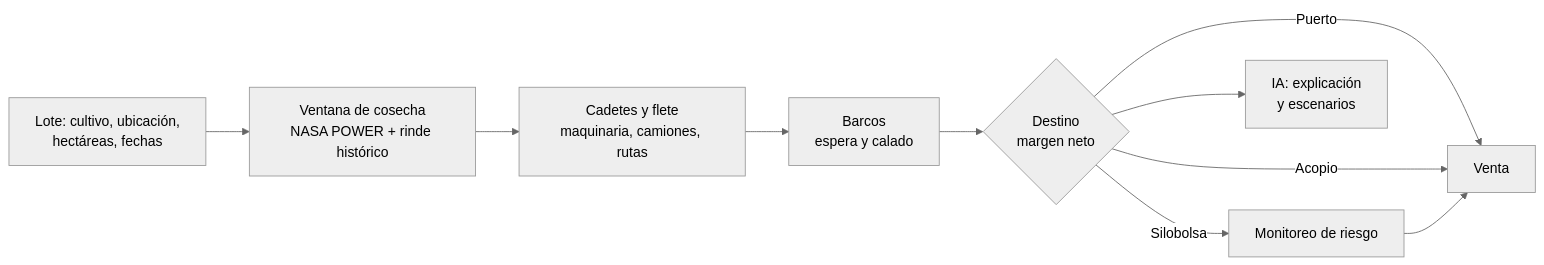
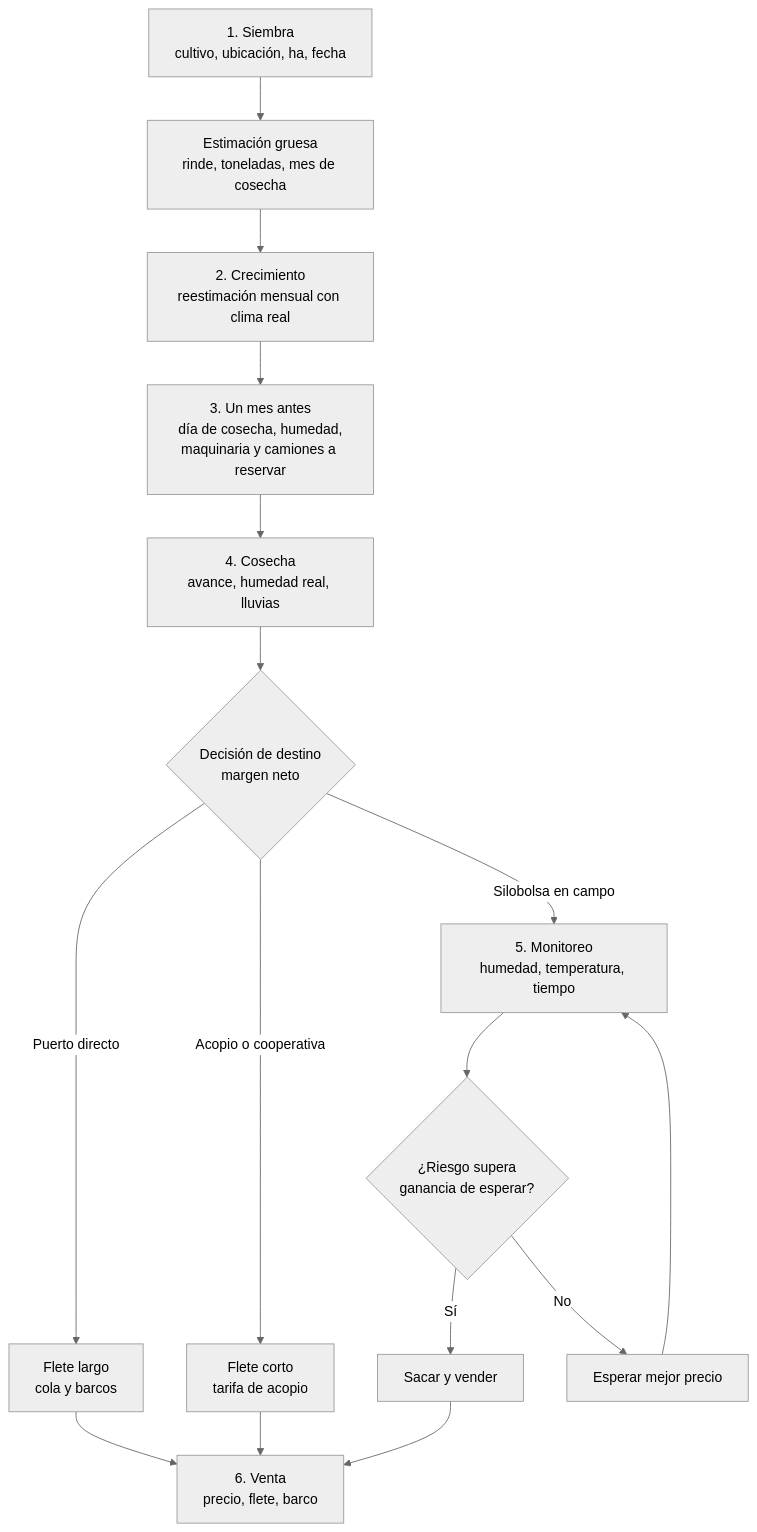
Before and after one commit to juanachies/AgroFlow: the diagram in README.md, drawn with Mermaid (neutral theme). The commit also changed other lines of this file, not shown here.

````diff
--- a/README.md
+++ b/README.md
@@ -58,11 +112,18 @@
 ```mermaid
-flowchart LR
-    A[Lote: cultivo, ubicación,<br/>hectáreas, fechas] --> B[Ventana de cosecha<br/>NASA POWER + rinde histórico]
-    B --> C[Cadetes y flete<br/>maquinaria, camiones, rutas]
-    C --> D[Barcos<br/>espera y calado]
-    D --> E{Destino<br/>margen neto}
-    E -->|Puerto| F[Venta]
-    E -->|Acopio| F
-    E -->|Silobolsa| G[Monitoreo de riesgo] --> F
-    E --> H[IA: explicación<br/>y escenarios]
+flowchart TD
+    A[1. Siembra<br/>cultivo, ubicación, ha, fecha] --> B[Estimación gruesa<br/>rinde, toneladas, mes de cosecha]
+    B --> C[2. Crecimiento<br/>reestimación mensual con clima real]
+    C --> D[3. Un mes antes<br/>día de cosecha, humedad,<br/>maquinaria y camiones a reservar]
+    D --> E[4. Cosecha<br/>avance, humedad real, lluvias]
+    E --> F{Decisión de destino<br/>margen neto}
+    F -->|Puerto directo| G[Flete largo<br/>cola y barcos]
+    F -->|Acopio o cooperativa| H[Flete corto<br/>tarifa de acopio]
+    F -->|Silobolsa en campo| I[5. Monitoreo<br/>humedad, temperatura, tiempo]
+    I --> J{¿Riesgo supera<br/>ganancia de esperar?}
+    J -->|Sí| K[Sacar y vender]
+    J -->|No| L[Esperar mejor precio]
+    L --> I
+    G --> M[6. Venta<br/>precio, flete, barco]
+    H --> M
+    K --> M
 ```
````
